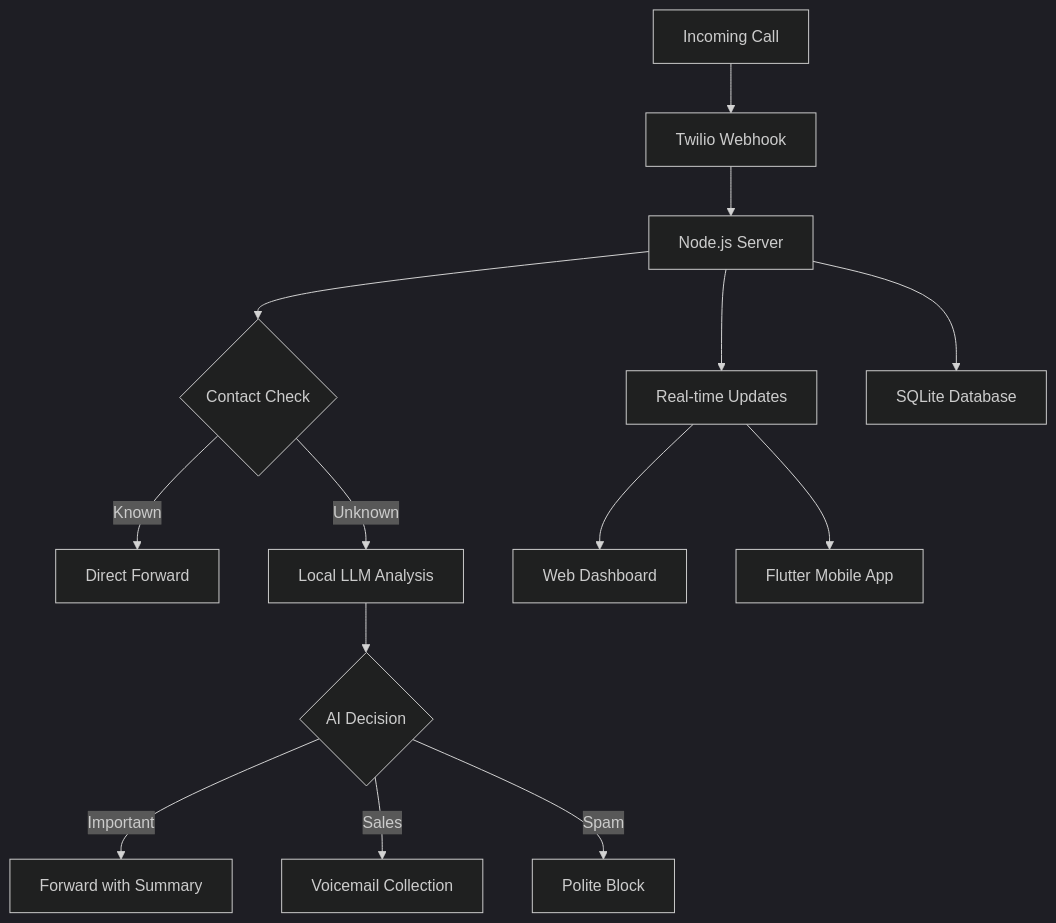
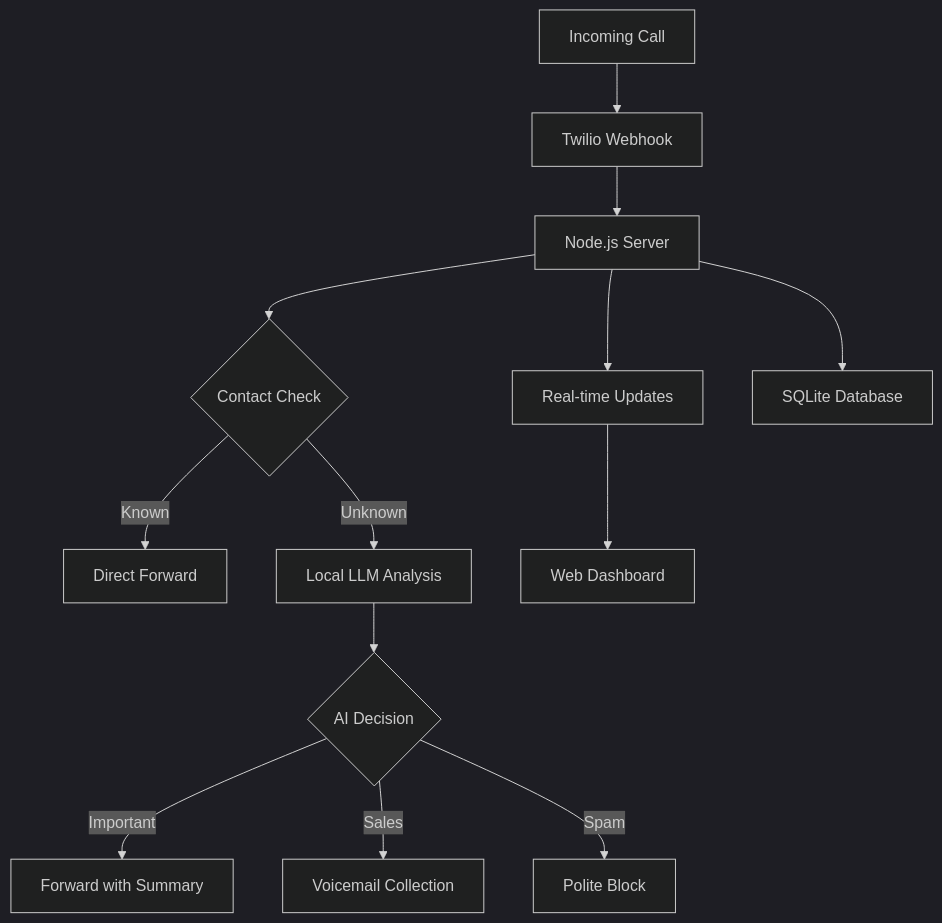
One commit to michael5cents/CallForwardingApp changed the diagram in README.md. Above: the diagram before and after it, drawn with Mermaid (dark theme). The commit also changed other lines of this file and 161 other files, not shown here.

Commit message:
chore: delete flutter mobile app and references

````diff
--- a/README.md
+++ b/README.md
@@ -56,16 +54,15 @@
 ```mermaid
 graph TB
     A[Incoming Call] --> B[Twilio Webhook]
     B --> C[Node.js Server]
     C --> D{Contact Check}
     D -->|Known| E[Direct Forward]
     D -->|Unknown| F[Local LLM Analysis]
     F --> G{AI Decision}
     G -->|Important| H[Forward with Summary]
     G -->|Sales| I[Voicemail Collection]
     G -->|Spam| J[Polite Block]
     C --> K[Real-time Updates]
     K --> L[Web Dashboard]
-    K --> M[Flutter Mobile App]
     C --> N[SQLite Database]
 ```
````
